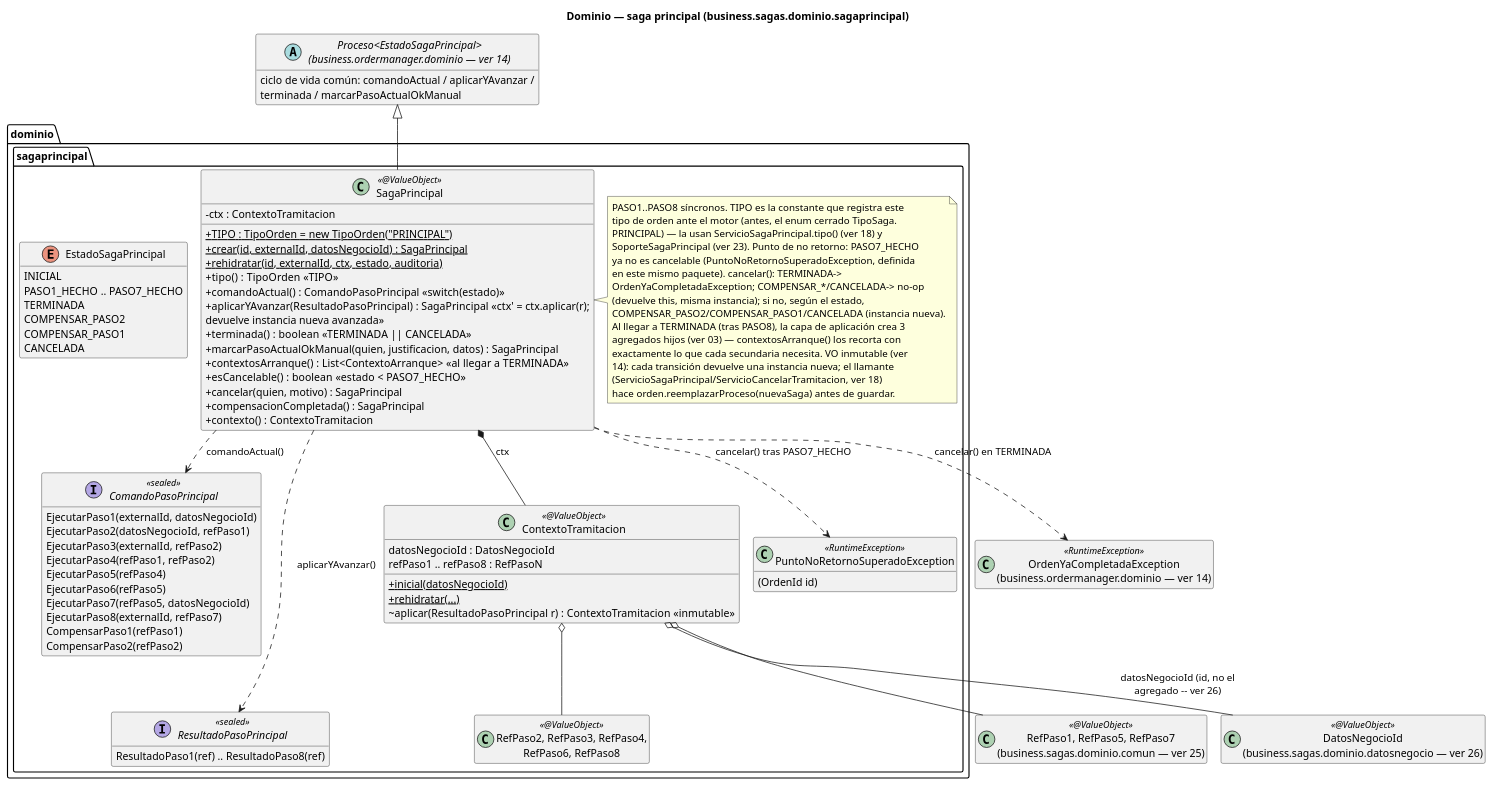
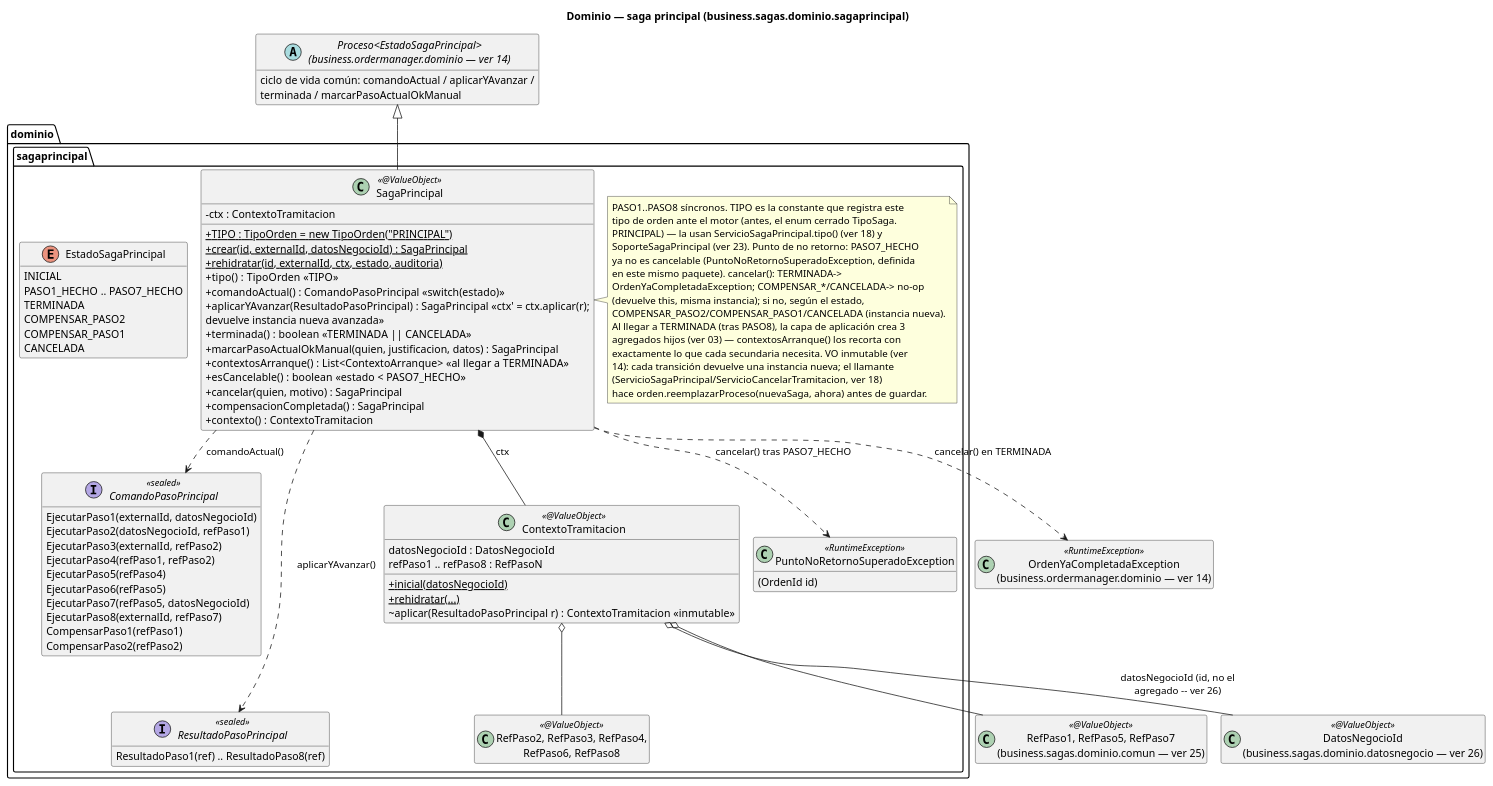
Before and after one commit to ralcazar/patrones: the diagram in order-manager/docs/15-clases-dominio-saga-principal.puml, drawn with PlantUML. The commit also changed 56 other files, not shown here.

```diff
--- a/order-manager/docs/15-clases-dominio-saga-principal.puml
+++ b/order-manager/docs/15-clases-dominio-saga-principal.puml
@@ -1,100 +1,100 @@
 @startuml 15-clases-dominio-saga-principal
 title Dominio — saga principal (business.sagas.dominio.sagaprincipal)
 !pragma layout smetana
 hide empty members
 skinparam classAttributeIconSize 0
 
 abstract class "Proceso<EstadoSagaPrincipal>\n(business.ordermanager.dominio — ver 14)" as Proceso {
   ciclo de vida común: comandoActual / aplicarYAvanzar /
   terminada / marcarPasoActualOkManual
 }
 
 package "dominio.sagaprincipal" {
   class SagaPrincipal <<@ValueObject>> {
     +{static} TIPO : TipoOrden = new TipoOrden("PRINCIPAL")
     -ctx : ContextoTramitacion
     +{static} crear(id, externalId, datosNegocioId) : SagaPrincipal
     +{static} rehidratar(id, externalId, ctx, estado, auditoria)
     +tipo() : TipoOrden  «TIPO»
     +comandoActual() : ComandoPasoPrincipal  «switch(estado)»
     +aplicarYAvanzar(ResultadoPasoPrincipal) : SagaPrincipal  «ctx' = ctx.aplicar(r);\ndevuelve instancia nueva avanzada»
     +terminada() : boolean  «TERMINADA || CANCELADA»
     +marcarPasoActualOkManual(quien, justificacion, datos) : SagaPrincipal
     +contextosArranque() : List<ContextoArranque>  «al llegar a TERMINADA»
     +esCancelable() : boolean  «estado < PASO7_HECHO»
     +cancelar(quien, motivo) : SagaPrincipal
     +compensacionCompletada() : SagaPrincipal
     +contexto() : ContextoTramitacion
   }
   note right of SagaPrincipal
     PASO1..PASO8 síncronos. TIPO es la constante que registra este
     tipo de orden ante el motor (antes, el enum cerrado TipoSaga.
     PRINCIPAL) — la usan ServicioSagaPrincipal.tipo() (ver 18) y
     SoporteSagaPrincipal (ver 23). Punto de no retorno: PASO7_HECHO
     ya no es cancelable (PuntoNoRetornoSuperadoException, definida
     en este mismo paquete). cancelar(): TERMINADA->
     OrdenYaCompletadaException; COMPENSAR_*/CANCELADA-> no-op
     (devuelve this, misma instancia); si no, según el estado,
     COMPENSAR_PASO2/COMPENSAR_PASO1/CANCELADA (instancia nueva).
     Al llegar a TERMINADA (tras PASO8), la capa de aplicación crea 3
     agregados hijos (ver 03) — contextosArranque() los recorta con
     exactamente lo que cada secundaria necesita. VO inmutable (ver
     14): cada transición devuelve una instancia nueva; el llamante
     (ServicioSagaPrincipal/ServicioCancelarTramitacion, ver 18)
-    hace orden.reemplazarProceso(nuevaSaga) antes de guardar.
+    hace orden.reemplazarProceso(nuevaSaga, ahora) antes de guardar.
   end note
 
   enum EstadoSagaPrincipal {
     INICIAL
     PASO1_HECHO .. PASO7_HECHO
     TERMINADA
     COMPENSAR_PASO2
     COMPENSAR_PASO1
     CANCELADA
   }
 
   interface ComandoPasoPrincipal <<sealed>> {
     EjecutarPaso1(externalId, datosNegocioId)
     EjecutarPaso2(datosNegocioId, refPaso1)
     EjecutarPaso3(externalId, refPaso2)
     EjecutarPaso4(refPaso1, refPaso2)
     EjecutarPaso5(refPaso4)
     EjecutarPaso6(refPaso5)
     EjecutarPaso7(refPaso5, datosNegocioId)
     EjecutarPaso8(externalId, refPaso7)
     CompensarPaso1(refPaso1)
     CompensarPaso2(refPaso2)
   }
   interface ResultadoPasoPrincipal <<sealed>> {
     ResultadoPaso1(ref) .. ResultadoPaso8(ref)
   }
   class ContextoTramitacion <<@ValueObject>> {
     datosNegocioId : DatosNegocioId
     refPaso1 .. refPaso8 : RefPasoN
     +{static} inicial(datosNegocioId)
     +{static} rehidratar(...)
     ~aplicar(ResultadoPasoPrincipal r) : ContextoTramitacion  «inmutable»
   }
   class "RefPaso2, RefPaso3, RefPaso4,\nRefPaso6, RefPaso8" as RefsPropias <<@ValueObject>>
   class PuntoNoRetornoSuperadoException <<RuntimeException>> {
     (OrdenId id)
   }
 }
 
 class "RefPaso1, RefPaso5, RefPaso7\n(business.sagas.dominio.comun — ver 25)" as RefsComunes <<@ValueObject>>
 class "DatosNegocioId\n(business.sagas.dominio.datosnegocio — ver 26)" as DatosNegocioIdRef <<@ValueObject>>
 class "OrdenYaCompletadaException\n(business.ordermanager.dominio — ver 14)" as OrdenYaCompletada <<RuntimeException>>
 
 Proceso <|-down- SagaPrincipal
 SagaPrincipal *-- ContextoTramitacion : ctx
 SagaPrincipal ..> ComandoPasoPrincipal : comandoActual()
 SagaPrincipal ..> ResultadoPasoPrincipal : aplicarYAvanzar()
 SagaPrincipal ..> PuntoNoRetornoSuperadoException : cancelar() tras PASO7_HECHO
 SagaPrincipal ..> OrdenYaCompletada : cancelar() en TERMINADA
 ContextoTramitacion o-- RefsPropias
 ContextoTramitacion o-- RefsComunes
 ContextoTramitacion o-- DatosNegocioIdRef : datosNegocioId (id, no el\nagregado -- ver 26)
 
 EstadoSagaPrincipal -[hidden]down- ComandoPasoPrincipal
 ComandoPasoPrincipal -[hidden]down- ResultadoPasoPrincipal
 @enduml
```
